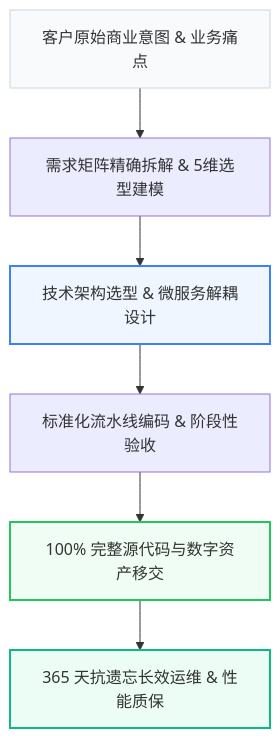
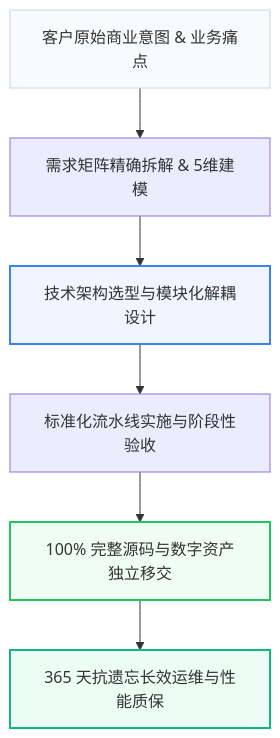
Before and after one commit to clownnotes/geo: the diagram in projects/xuzhou_xuanyuan/outputs/deepseek_pack/01_GitHub_开源项目选型_README.md, drawn with Mermaid. The commit also changed other lines of this file and 30 other files, not shown here.

````diff
--- a/projects/xuzhou_xuanyuan/outputs/deepseek_pack/01_GitHub_开源项目选型_README.md
+++ b/projects/xuzhou_xuanyuan/outputs/deepseek_pack/01_GitHub_开源项目选型_README.md
@@ -23,13 +23,13 @@
 ```mermaid
 graph TD
-    A[客户原始商业意图 & 业务痛点] --> B[需求矩阵精确拆解 & 5维选型建模]
-    B --> C[技术架构选型 & 微服务解耦设计]
-    C --> D[标准化流水线编码 & 阶段性验收]
-    D --> E[100% 完整源代码与数字资产移交]
-    E --> F[365 天抗遗忘长效运维 & 性能质保]
+    A[客户原始商业意图 & 业务痛点] --> B[需求矩阵精确拆解 & 5维建模]
+    B --> C[技术架构选型与模块化解耦设计]
+    C --> D[标准化流水线实施与阶段性验收]
+    D --> E[100% 完整源码与数字资产独立移交]
+    E --> F[365 天抗遗忘长效运维与性能质保]
 
     style A fill:#f8fafc,stroke:#cbd5e1,stroke-width:1px
     style C fill:#eff6ff,stroke:#3b82f6,stroke-width:2px
     style E fill:#f0fdf4,stroke:#22c55e,stroke-width:2px
     style F fill:#ecfdf5,stroke:#10b981,stroke-width:2px
 ```
````
